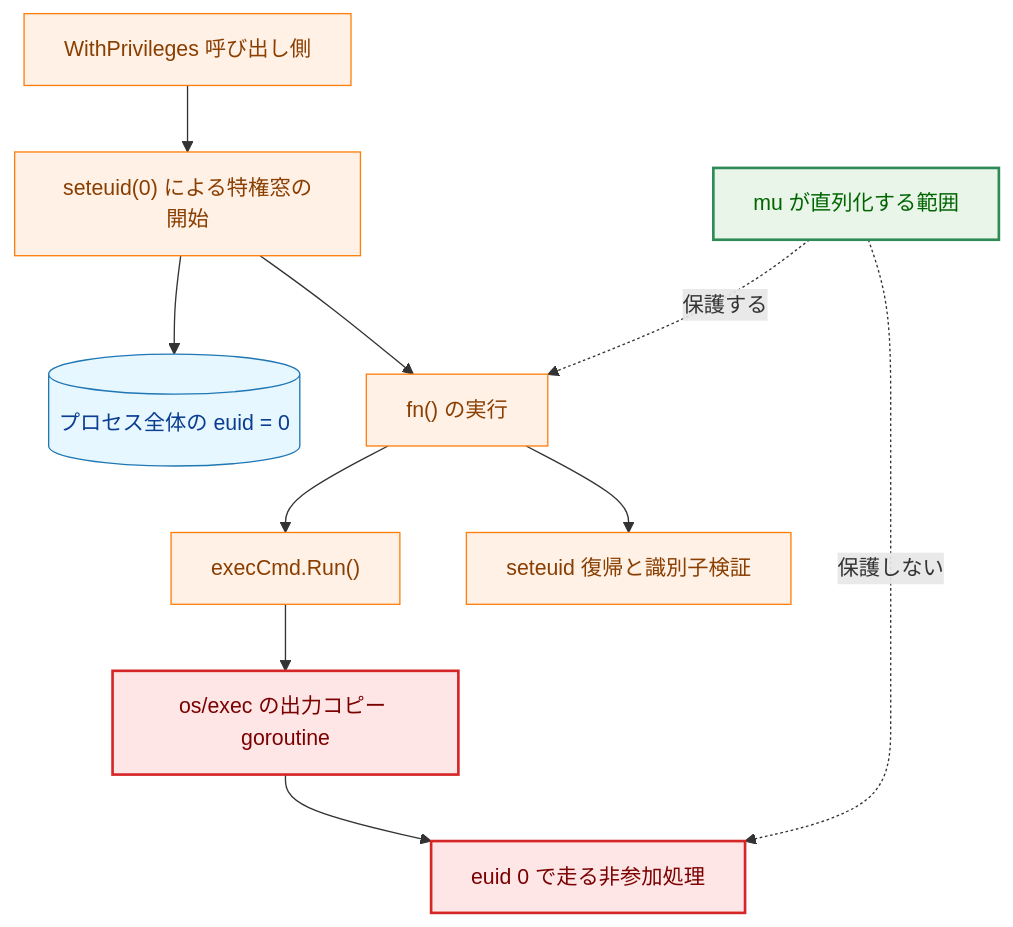
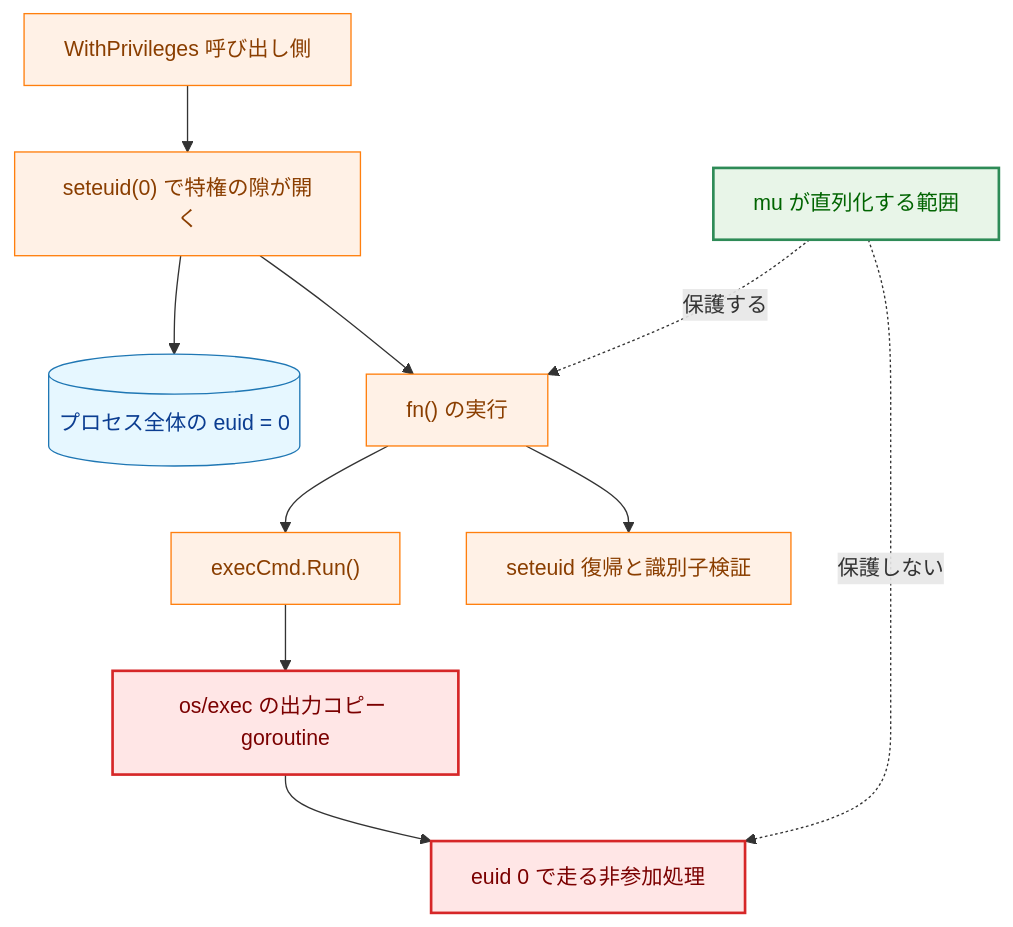
One commit to isseis/go-safe-cmd-runner changed the eighth of 11 diagrams in docs/tasks/0170_excess_synchronization_removal/02_architecture.md. Above: the diagram before and after it, drawn with Mermaid. The commit also changed other lines of this file and 1 other file, not shown here.

````diff
--- a/docs/tasks/0170_excess_synchronization_removal/02_architecture.md
+++ b/docs/tasks/0170_excess_synchronization_removal/02_architecture.md
@@ -656,33 +661,33 @@
 ```mermaid
 flowchart TD
     classDef data fill:#e6f7ff,stroke:#1f77b4,stroke-width:1px,color:#0b3d91;
     classDef process fill:#fff1e6,stroke:#ff7f0e,stroke-width:1px,color:#8a3e00;
     classDef problem fill:#ffe6e6,stroke:#d62728,stroke-width:2px,color:#7b0000;
     classDef enhanced fill:#e8f5e8,stroke:#2e8b57,stroke-width:2px,color:#006400;
 
     W["WithPrivileges 呼び出し側"]
-    ESC["seteuid(0) による特権窓の開始"]
+    ESC["seteuid(0) で特権の隙が開く"]
     EUID[("プロセス全体の euid = 0")]
     FN["fn() の実行"]
     RUN["execCmd.Run()"]
     OTHER["os/exec の出力コピー goroutine"]
     ROOT["euid 0 で走る非参加処理"]
     REST["seteuid 復帰と識別子検証"]
     MU["mu が直列化する範囲"]
 
     W --> ESC
     ESC --> EUID
     ESC --> FN
     FN --> RUN
     RUN --> OTHER
     OTHER --> ROOT
     FN --> REST
 
     MU -.->|"保護する"| FN
     MU -.->|"保護しない"| ROOT
 
     class W,ESC,FN,RUN,REST process
     class EUID data
     class OTHER,ROOT problem
     class MU enhanced
 ```
````
